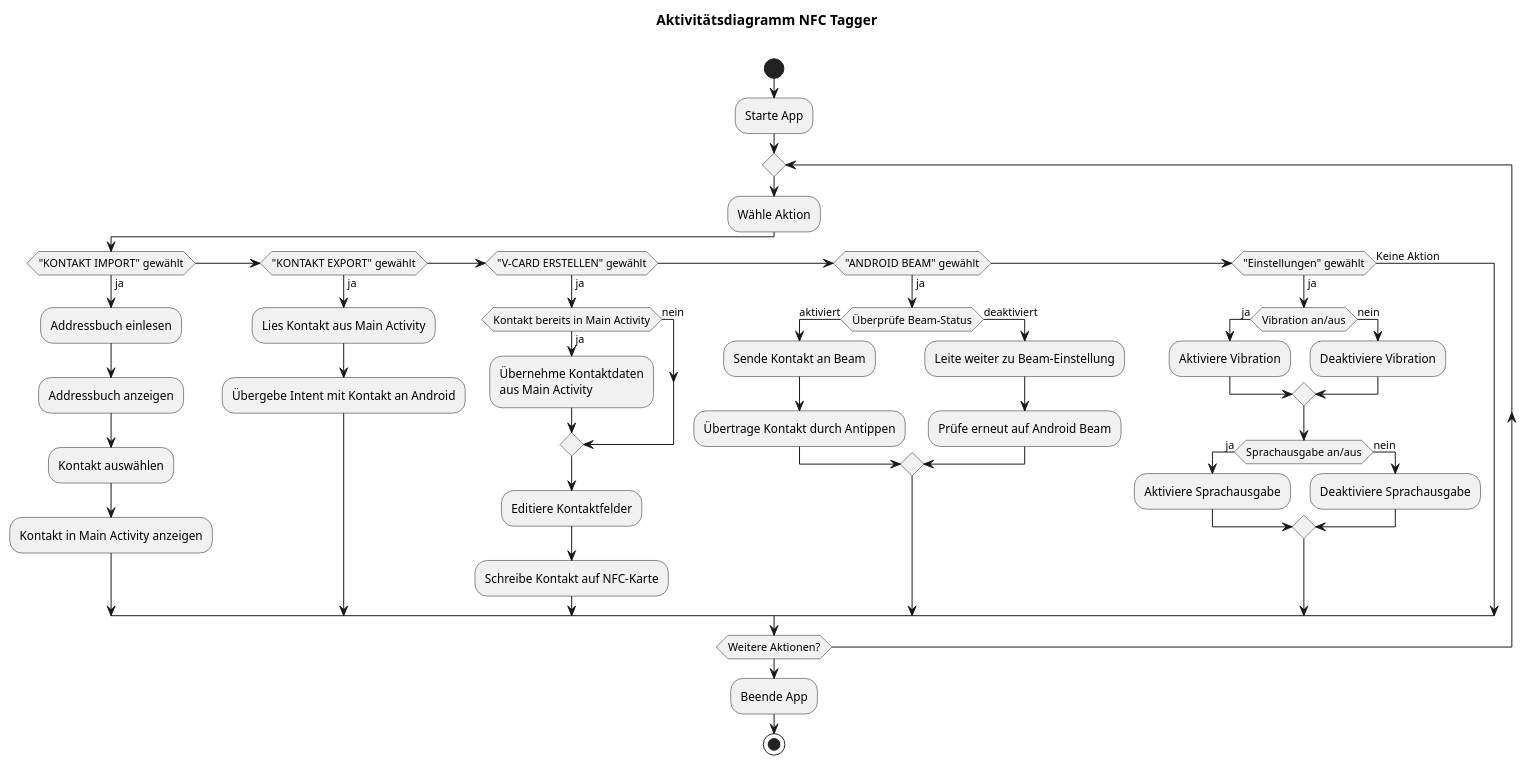
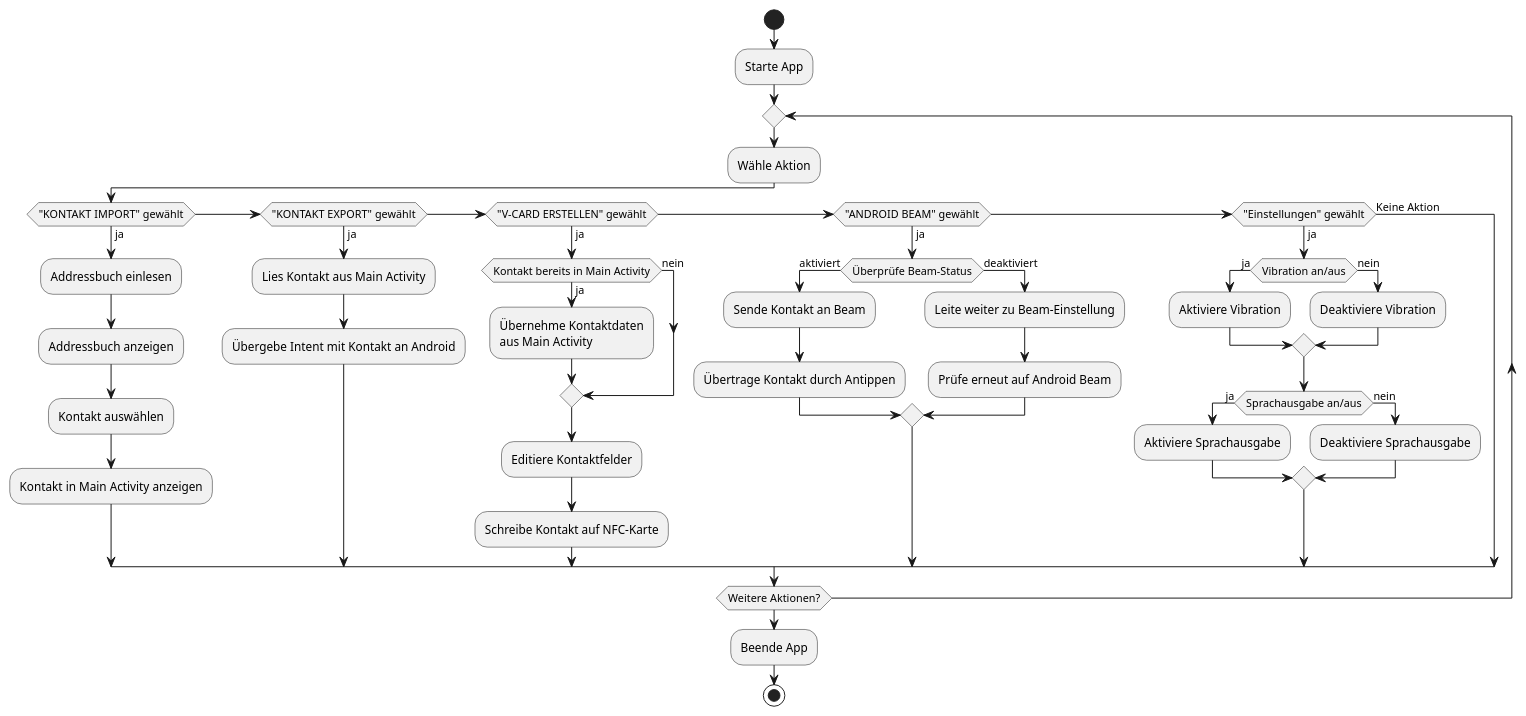
One commit to NFCdroid/doku changed the diagram in UML/general_activity.puml. Above: the diagram before and after it, drawn with PlantUML. The commit also changed 7 other files, not shown here.

Commit message:
UML-Diagramme nun in Doku

```diff
--- a/UML/general_activity.puml
+++ b/UML/general_activity.puml
@@ -1,48 +1,47 @@
 @startuml
-title Aktivitätsdiagramm NFC Tagger\n
 
 start
 :Starte App;
 repeat
 :Wähle Aktion;
 if ("KONTAKT IMPORT" gewählt) then (ja)
     :Addressbuch einlesen;
     :Addressbuch anzeigen;
     :Kontakt auswählen;
     :Kontakt in Main Activity anzeigen;
 elseif ("KONTAKT EXPORT" gewählt) then (ja)
     :Lies Kontakt aus Main Activity;
     :Übergebe Intent mit Kontakt an Android;
 elseif ("V-CARD ERSTELLEN" gewählt) then (ja)
     if (Kontakt bereits in Main Activity) then (ja)
         :Übernehme Kontaktdaten
         aus Main Activity;
     else (nein)
     endif
     :Editiere Kontaktfelder;
     :Schreibe Kontakt auf NFC-Karte;
 elseif ("ANDROID BEAM" gewählt) then (ja)
     if (Überprüfe Beam-Status) then (aktiviert)
             :Sende Kontakt an Beam;
             :Übertrage Kontakt durch Antippen;
     else (deaktiviert)
         :Leite weiter zu Beam-Einstellung;
         :Prüfe erneut auf Android Beam;
     endif
 elseif ("Einstellungen" gewählt) then (ja)
     if (Vibration an/aus) then (ja)
         :Aktiviere Vibration;
     else (nein)
         :Deaktiviere Vibration;
     endif
     if (Sprachausgabe an/aus) then (ja)
         :Aktiviere Sprachausgabe;
     else (nein)
         :Deaktiviere Sprachausgabe;
     endif
 else (Keine Aktion)
 endif
 repeat while (Weitere Aktionen?)
 :Beende App;
 stop
 @enduml
```
